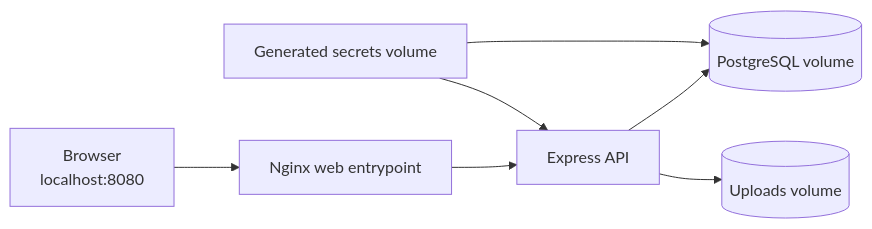
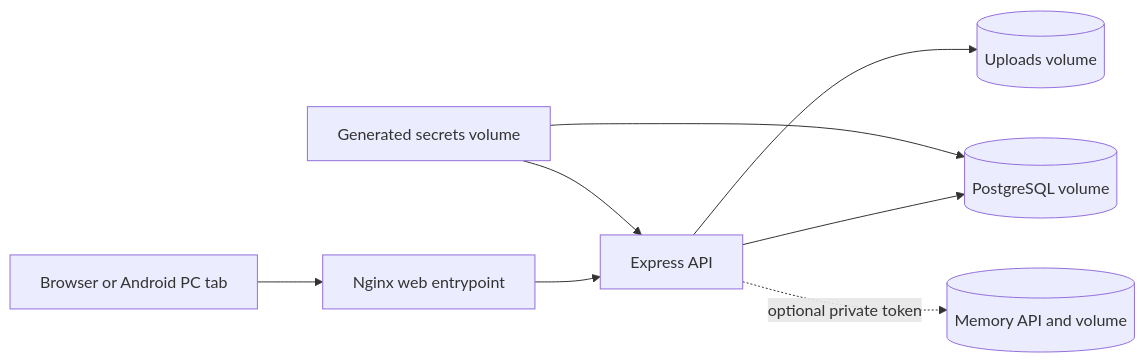
One commit to lizard-wizard42/Brain_Core changed the diagram in README.md. Above: the diagram before and after it, drawn with Mermaid. The commit also changed other lines of this file and 3 other files, not shown here.

````diff
--- a/README.md
+++ b/README.md
@@ -79,9 +136,10 @@
 ```mermaid
 flowchart LR
-  B[Browser\nlocalhost:8080] --> W[Nginx web entrypoint]
+  B[Browser or Android PC tab] --> W[Nginx web entrypoint]
   W --> A[Express API]
   A --> D[(PostgreSQL volume)]
   A --> U[(Uploads volume)]
   S[Generated secrets volume] --> A
   S --> D
+  A -. optional private token .-> M[(Memory API and volume)]
 ```
````
